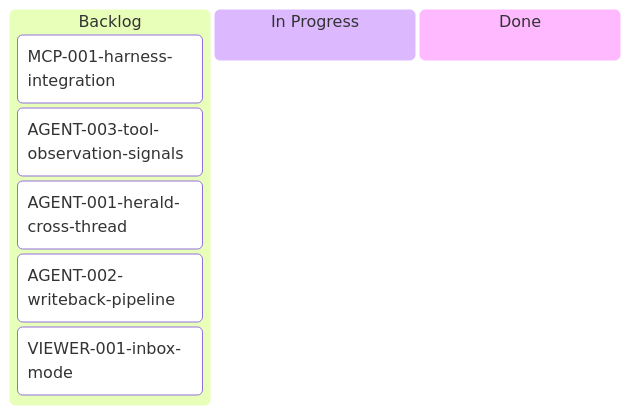
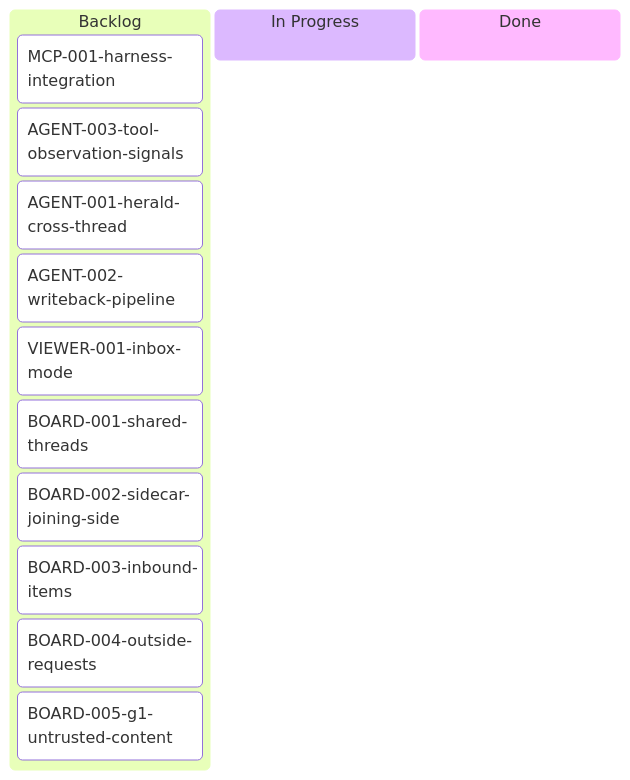
One commit to inixiative/foundry changed the diagram in tickets/kanban-backlog.md. Above: the diagram before and after it, drawn with Mermaid. The commit also changed other lines of this file and 8 other files, not shown here.

````diff
--- a/tickets/kanban-backlog.md
+++ b/tickets/kanban-backlog.md
@@ -3,16 +3,21 @@
 ```mermaid
 ---
 config:
   kanban:
     ticketBaseUrl: 'https://github.com/inixiative/foundry/blob/main/tickets/#TICKET#.md'
 ---
 kanban
   Backlog
     MCP-001-harness-integration
     AGENT-003-tool-observation-signals
     AGENT-001-herald-cross-thread
     AGENT-002-writeback-pipeline
     VIEWER-001-inbox-mode
+    BOARD-001-shared-threads
+    BOARD-002-sidecar-joining-side
+    BOARD-003-inbound-items
+    BOARD-004-outside-requests
+    BOARD-005-g1-untrusted-content
   In Progress
   Done
 ```
````
